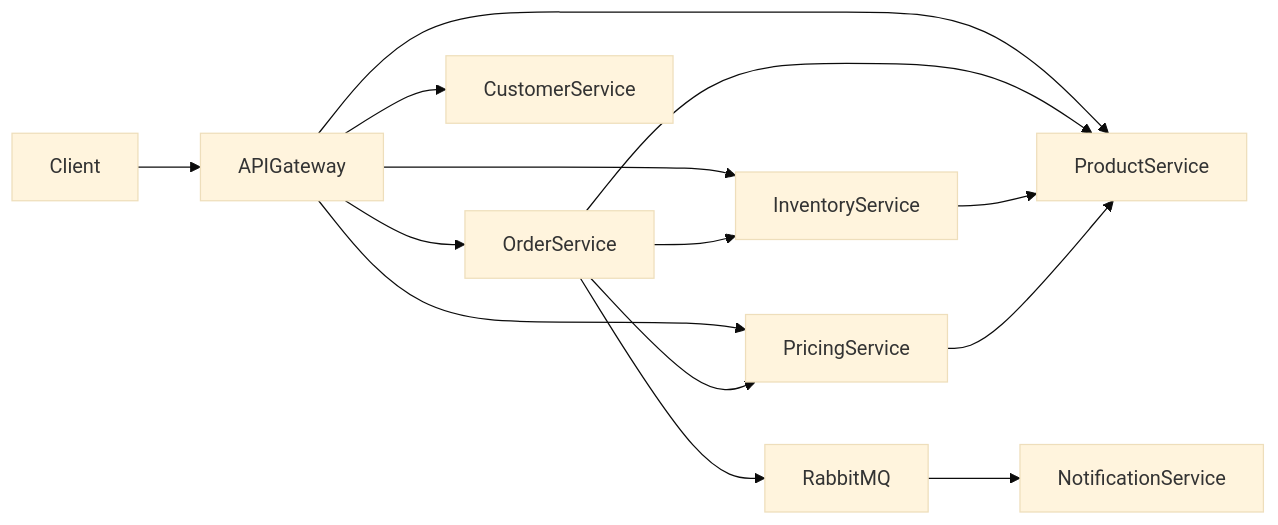
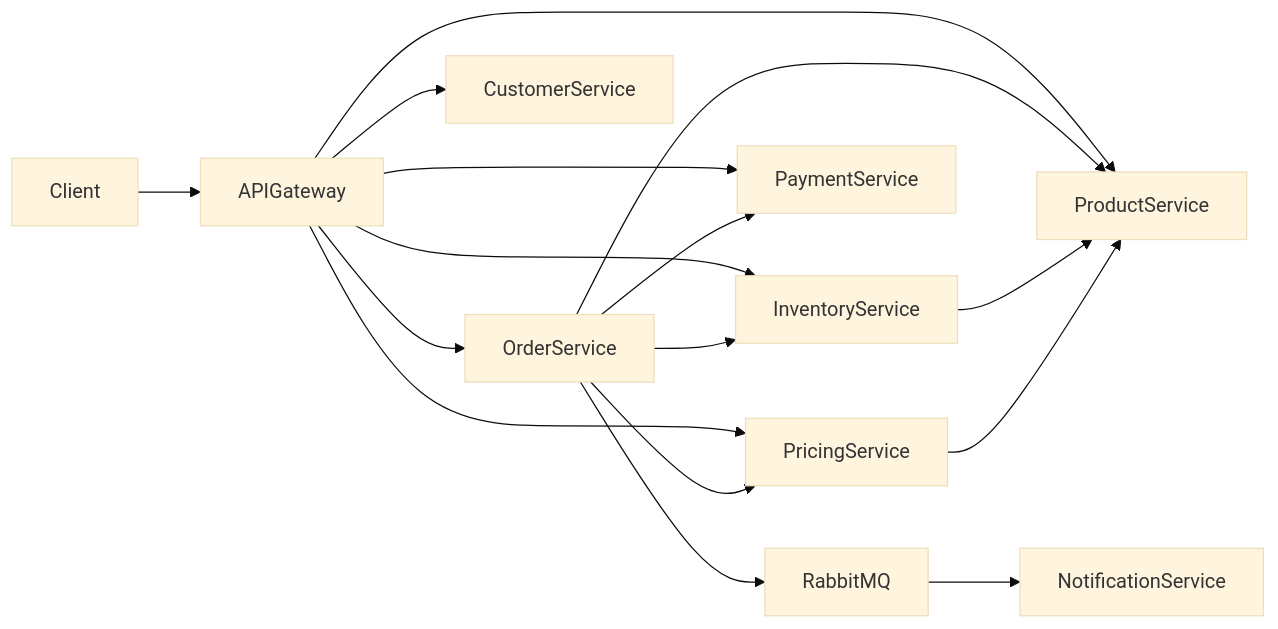
The first of 2 diagrams in README.md (sebastiancgomez/ECommerce.Microservices), drawn with Mermaid (base theme) before and after one commit. The commit also changed other lines of this file, not shown here.

First line of the commit message:
Enhance README with Payment Service information

````diff
--- a/README.md
+++ b/README.md
@@ -112,21 +129,23 @@
 ```mermaid
 flowchart LR
 
 Client --> APIGateway
 
 APIGateway --> ProductService
 APIGateway --> OrderService
 APIGateway --> CustomerService
 APIGateway --> InventoryService
 APIGateway --> PricingService
+APIGateway --> PaymentService
 
 OrderService --> ProductService
 OrderService --> PricingService
 OrderService --> InventoryService
+OrderService --> PaymentService
 OrderService --> RabbitMQ
 
 RabbitMQ --> NotificationService
 
 InventoryService --> ProductService
 PricingService --> ProductService
 ```
````
